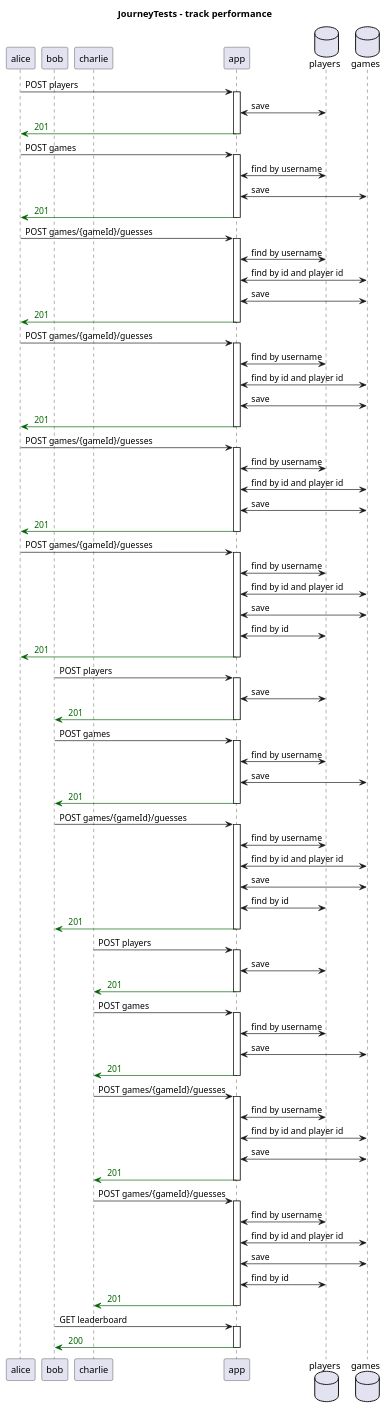
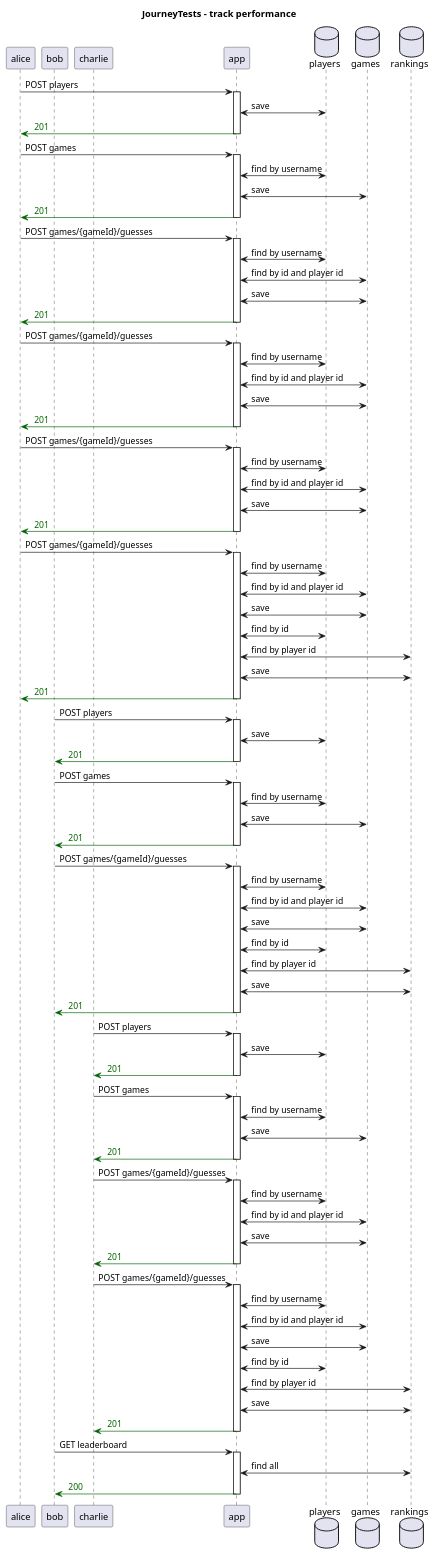
Before and after one commit to th3n3rd/http4k-playground: the diagram in docs/system/generated/JourneyTests - track performance - Sequence.puml, drawn with PlantUML. The commit also changed 6 other files, not shown here.

```diff
--- a/docs/system/generated/JourneyTests - track performance - Sequence.puml
+++ b/docs/system/generated/JourneyTests - track performance - Sequence.puml
@@ -1,99 +1,106 @@
 @startuml
 title JourneyTests - track performance
 participant "alice"
 participant "bob"
 participant "charlie"
 participant "app"
 database "players"
 database "games"
+database "rankings"
 "alice" -> "app": POST players
 activate "app"
 "app" <-> "players": save
 "app" -[#DarkGreen]> "alice": <color:DarkGreen> 201 
 deactivate "app"
 "alice" -> "app": POST games
 activate "app"
 "app" <-> "players": find by username
 "app" <-> "games": save
 "app" -[#DarkGreen]> "alice": <color:DarkGreen> 201 
 deactivate "app"
 "alice" -> "app": POST games/{gameId}/guesses
 activate "app"
 "app" <-> "players": find by username
 "app" <-> "games": find by id and player id
 "app" <-> "games": save
 "app" -[#DarkGreen]> "alice": <color:DarkGreen> 201 
 deactivate "app"
 "alice" -> "app": POST games/{gameId}/guesses
 activate "app"
 "app" <-> "players": find by username
 "app" <-> "games": find by id and player id
 "app" <-> "games": save
 "app" -[#DarkGreen]> "alice": <color:DarkGreen> 201 
 deactivate "app"
 "alice" -> "app": POST games/{gameId}/guesses
 activate "app"
 "app" <-> "players": find by username
 "app" <-> "games": find by id and player id
 "app" <-> "games": save
 "app" -[#DarkGreen]> "alice": <color:DarkGreen> 201 
 deactivate "app"
 "alice" -> "app": POST games/{gameId}/guesses
 activate "app"
 "app" <-> "players": find by username
 "app" <-> "games": find by id and player id
 "app" <-> "games": save
 "app" <-> "players": find by id
+"app" <-> "rankings": find by player id
+"app" <-> "rankings": save
 "app" -[#DarkGreen]> "alice": <color:DarkGreen> 201 
 deactivate "app"
 "bob" -> "app": POST players
 activate "app"
 "app" <-> "players": save
 "app" -[#DarkGreen]> "bob": <color:DarkGreen> 201 
 deactivate "app"
 "bob" -> "app": POST games
 activate "app"
 "app" <-> "players": find by username
 "app" <-> "games": save
 "app" -[#DarkGreen]> "bob": <color:DarkGreen> 201 
 deactivate "app"
 "bob" -> "app": POST games/{gameId}/guesses
 activate "app"
 "app" <-> "players": find by username
 "app" <-> "games": find by id and player id
 "app" <-> "games": save
 "app" <-> "players": find by id
+"app" <-> "rankings": find by player id
+"app" <-> "rankings": save
 "app" -[#DarkGreen]> "bob": <color:DarkGreen> 201 
 deactivate "app"
 "charlie" -> "app": POST players
 activate "app"
 "app" <-> "players": save
 "app" -[#DarkGreen]> "charlie": <color:DarkGreen> 201 
 deactivate "app"
 "charlie" -> "app": POST games
 activate "app"
 "app" <-> "players": find by username
 "app" <-> "games": save
 "app" -[#DarkGreen]> "charlie": <color:DarkGreen> 201 
 deactivate "app"
 "charlie" -> "app": POST games/{gameId}/guesses
 activate "app"
 "app" <-> "players": find by username
 "app" <-> "games": find by id and player id
 "app" <-> "games": save
 "app" -[#DarkGreen]> "charlie": <color:DarkGreen> 201 
 deactivate "app"
 "charlie" -> "app": POST games/{gameId}/guesses
 activate "app"
 "app" <-> "players": find by username
 "app" <-> "games": find by id and player id
 "app" <-> "games": save
 "app" <-> "players": find by id
+"app" <-> "rankings": find by player id
+"app" <-> "rankings": save
 "app" -[#DarkGreen]> "charlie": <color:DarkGreen> 201 
 deactivate "app"
 "bob" -> "app": GET leaderboard
 activate "app"
-
+"app" <-> "rankings": find all
 "app" -[#DarkGreen]> "bob": <color:DarkGreen> 200 
 deactivate "app"
 @enduml
```
